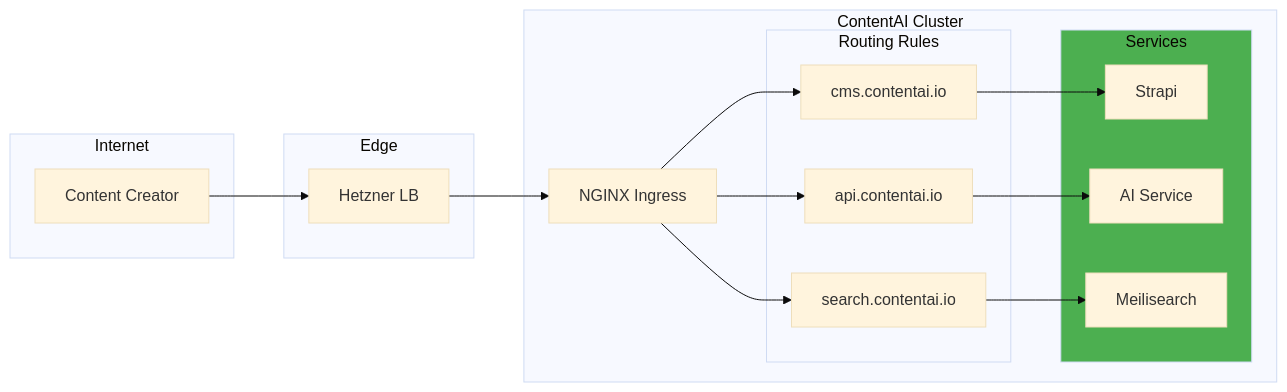
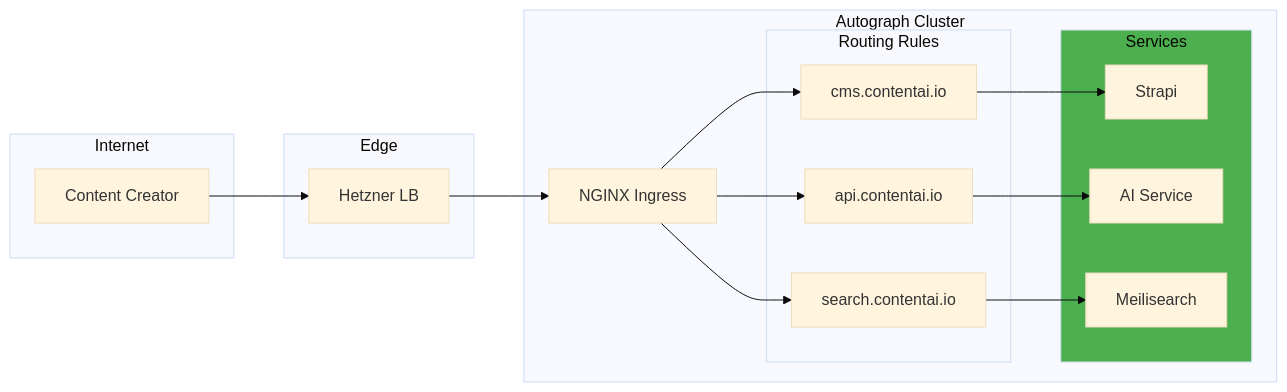
The sixth of 11 diagrams in DevOps/02-Engineering/04-Container-Orchestration.md (PearlThoughtsInternship/Internship-Obsidian-Vault), drawn with Mermaid (base theme) before and after one commit. The commit also changed other lines of this file and 4 other files, not shown here.

First line of the commit message:
rebrand: ContentAI → Autograph in Engineering & Platform docs

````diff
--- a/DevOps/02-Engineering/04-Container-Orchestration.md
+++ b/DevOps/02-Engineering/04-Container-Orchestration.md
@@ -335,33 +335,33 @@
 ```mermaid
 flowchart LR
     subgraph Internet["Internet"]
         Creator["Content Creator"]
     end
 
     subgraph Edge["Edge"]
         LB["Hetzner LB"]
     end
 
-    subgraph Cluster["ContentAI Cluster"]
+    subgraph Cluster["Autograph Cluster"]
         ING["NGINX Ingress"]
 
         subgraph Routes["Routing Rules"]
             R1["cms.contentai.io"]
             R2["api.contentai.io"]
             R3["search.contentai.io"]
         end
 
         subgraph Services["Services"]
             STRAPI["Strapi"]
             AI["AI Service"]
             MEILI["Meilisearch"]
         end
     end
 
     Creator --> LB --> ING
     ING --> R1 --> STRAPI
     ING --> R2 --> AI
     ING --> R3 --> MEILI
 
     style Services fill:#4CAF50
 ```
````
